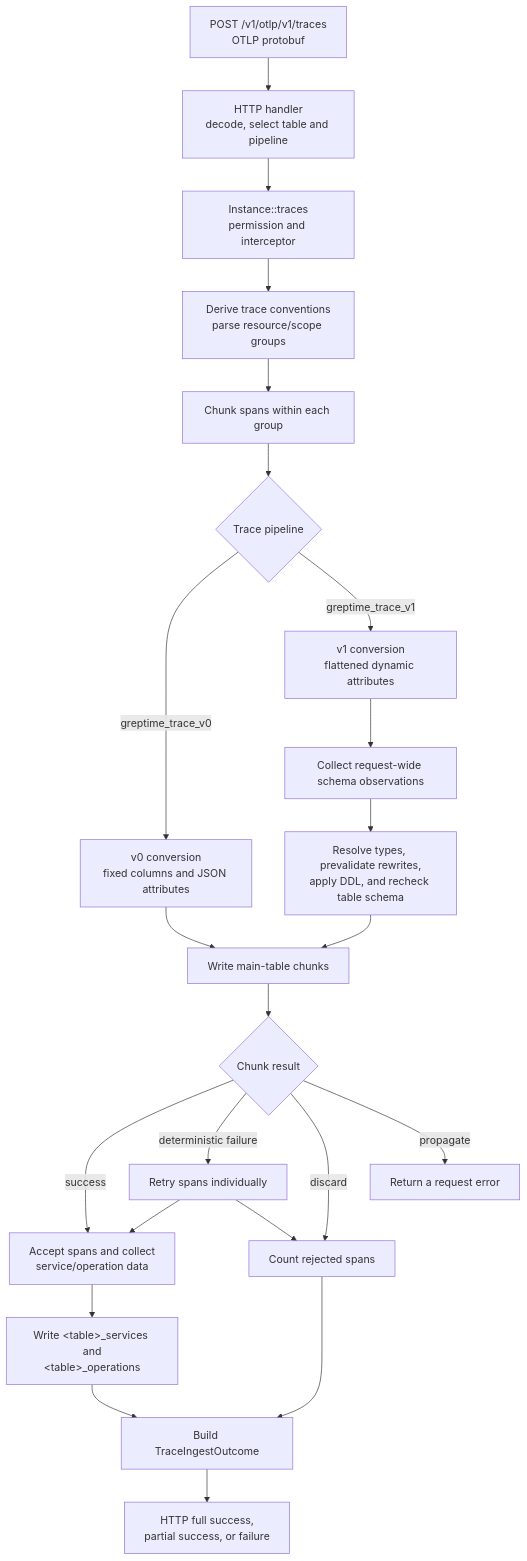
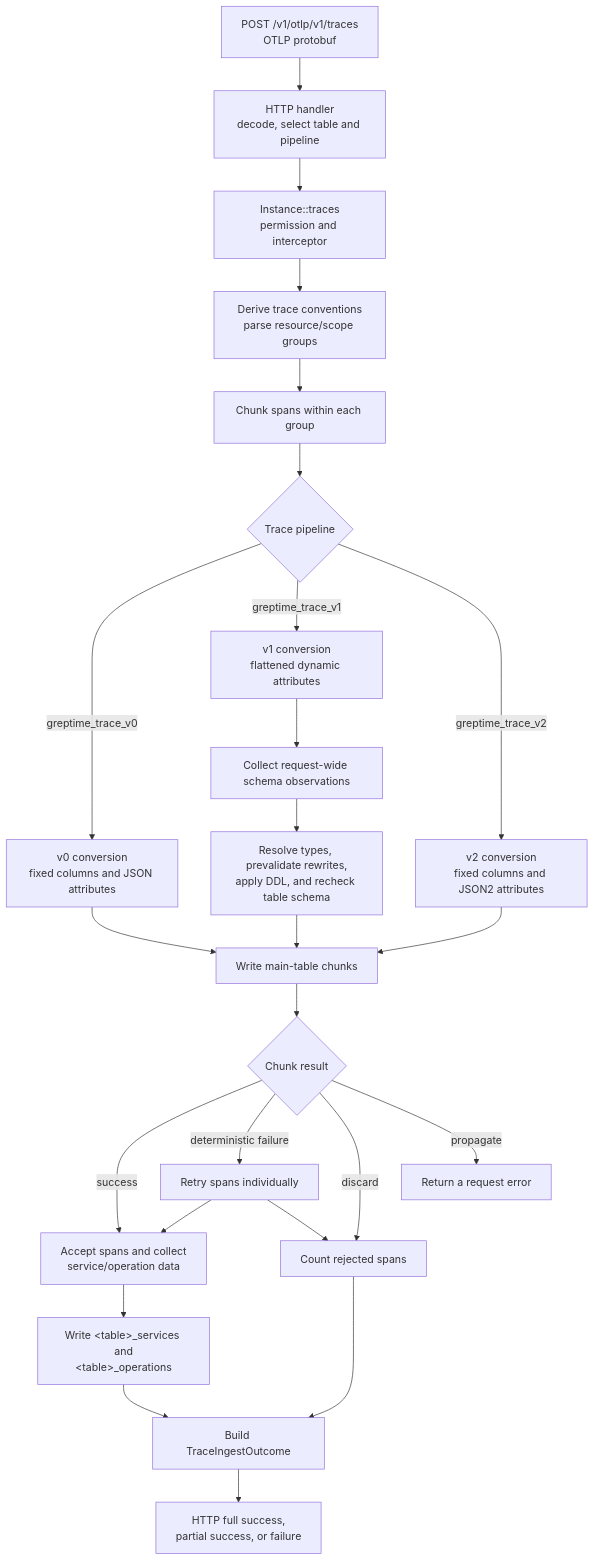
Before and after one commit to GreptimeTeam/greptimedb: the diagram in src/frontend/src/instance/otlp/README.md, drawn with Mermaid. The commit also changed other lines of this file and 38 other files, not shown here.

Commit message:
feat(otlp): add trace v2 ingestion with JSON2 attributes

````diff
--- a/src/frontend/src/instance/otlp/README.md
+++ b/src/frontend/src/instance/otlp/README.md
@@ -17,28 +17,30 @@
 ```mermaid
 flowchart TD
     A["POST /v1/otlp/v1/traces<br/>OTLP protobuf"] --> B["HTTP handler<br/>decode, select table and pipeline"]
     B --> C["Instance::traces<br/>permission and interceptor"]
     C --> D["Derive trace conventions<br/>parse resource/scope groups"]
     D --> E["Chunk spans within each group"]
     E --> F{"Trace pipeline"}
 
     F -->|greptime_trace_v0| G["v0 conversion<br/>fixed columns and JSON attributes"]
     F -->|greptime_trace_v1| H["v1 conversion<br/>flattened dynamic attributes"]
+    F -->|greptime_trace_v2| T["v2 conversion<br/>fixed columns and JSON2 attributes"]
     H --> I["Collect request-wide schema observations"]
     I --> J["Resolve types, prevalidate rewrites,<br/>apply DDL, and recheck table schema"]
 
     G --> K["Write main-table chunks"]
+    T --> K
     J --> K
     K --> L{"Chunk result"}
     L -->|success| M["Accept spans and collect<br/>service/operation data"]
     L -->|deterministic failure| N["Retry spans individually"]
     L -->|discard| O["Count rejected spans"]
     L -->|propagate| P["Return a request error"]
     N --> M
     N --> O
 
     M --> Q["Write &lt;table&gt;_services and<br/>&lt;table&gt;_operations"]
     O --> R["Build TraceIngestOutcome"]
     Q --> R
     R --> S["HTTP full success,<br/>partial success, or failure"]
 ```
````
